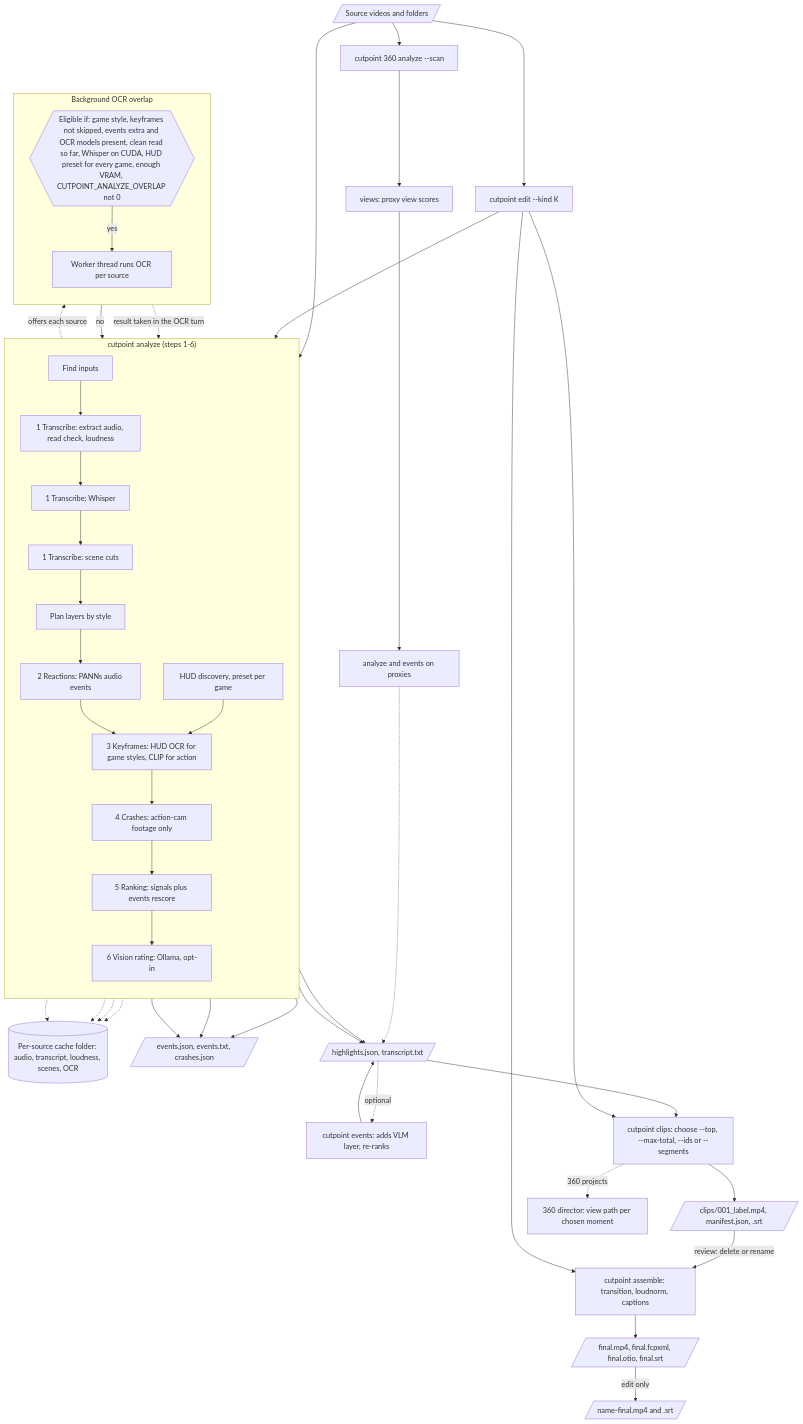
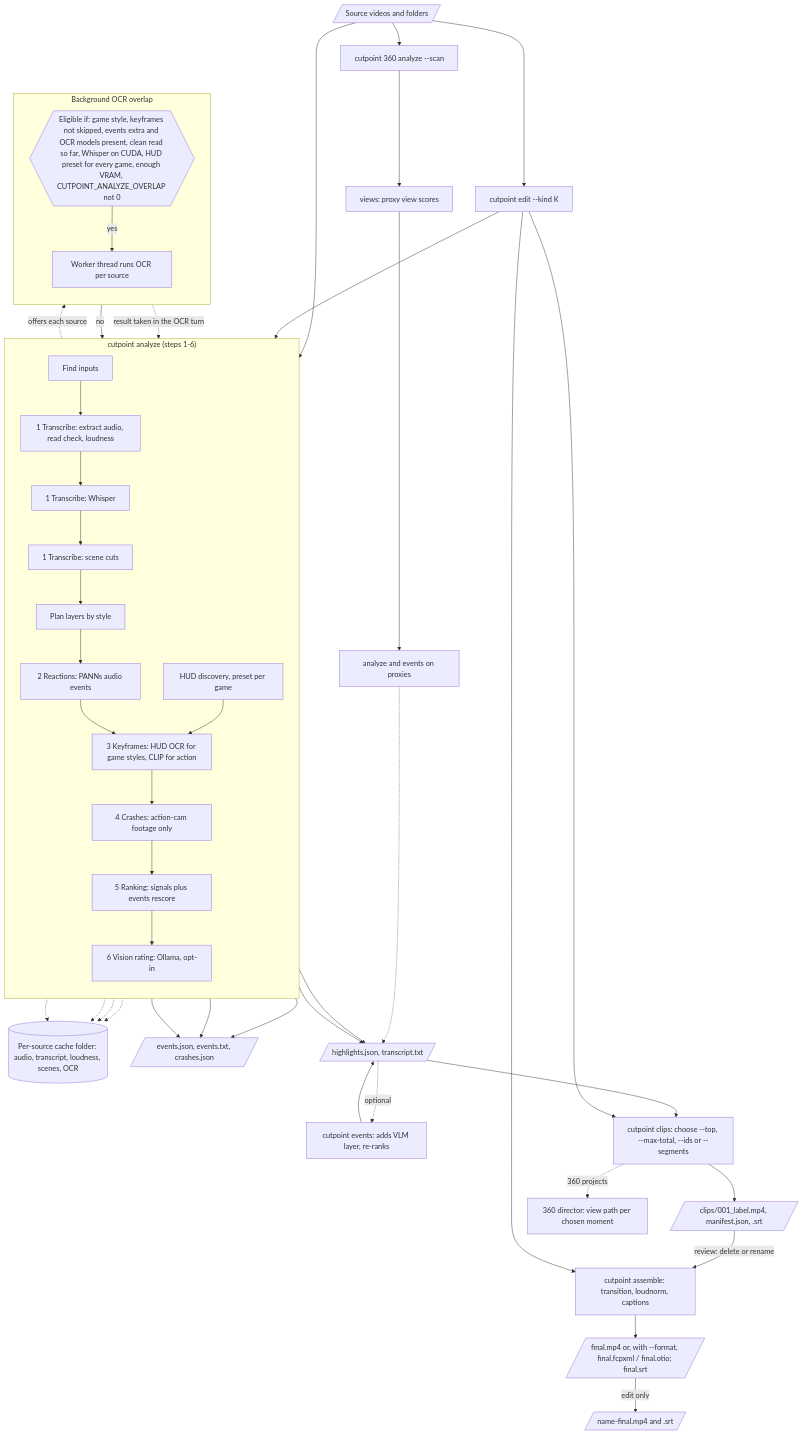
Before and after one commit to FerventOrange/cutpoint: the first of 2 diagrams in docs/pipeline.md, drawn with Mermaid. The commit also changed 21 other files, not shown here.

First line of the commit message:
feat(assemble): assemble from a project with temporary clips; --format mp4|fcpxml|otio on assemble and edit (#519)

````diff
--- a/docs/pipeline.md
+++ b/docs/pipeline.md
@@ -10,67 +10,67 @@
 ```mermaid
 flowchart TD
     SRC[/"Source videos and folders"/]
     EDIT["cutpoint edit --kind K"]
     SRC --> EDIT
     SRC --> ANA
 
     subgraph ANALYZE["cutpoint analyze  (steps 1-6)"]
         direction TB
         ANA["Find inputs"]
         AUD["1 Transcribe: extract audio, read check, loudness"]
         TR["1 Transcribe: Whisper"]
         SC["1 Transcribe: scene cuts"]
         PL["Plan layers by style"]
         RE["2 Reactions: PANNs audio events"]
         KF["3 Keyframes: HUD OCR for game styles, CLIP for action"]
         DISC["HUD discovery, preset per game"]
         CR["4 Crashes: action-cam footage only"]
         RK["5 Ranking: signals plus events rescore"]
         VIS["6 Vision rating: Ollama, opt-in"]
         ANA --> AUD --> TR --> SC --> PL --> RE --> KF --> CR --> RK --> VIS
         DISC --> KF
     end
 
     CACHE[("Per-source cache folder: audio, transcript, loudness, scenes, OCR")]
     AUD -.-> CACHE
     TR -.-> CACHE
     SC -.-> CACHE
     KF -.-> CACHE
 
     subgraph BG["Background OCR overlap"]
         direction TB
         ELIG{{"Eligible if: game style, keyframes not skipped, events extra and OCR models present, clean read so far, Whisper on CUDA, HUD preset for every game, enough VRAM, CUTPOINT_ANALYZE_OVERLAP not 0"}}
         PF["Worker thread runs OCR per source"]
         ELIG -->|yes| PF
     end
     AUD -. "offers each source" .-> ELIG
     PF -. "result taken in the OCR turn" .-> KF
     ELIG -->|no| KF
 
     EVJ[/"events.json, events.txt, crashes.json"/]
     HL[/"highlights.json, transcript.txt"/]
     KF --> EVJ
     RE --> EVJ
     CR --> EVJ
     VIS --> HL
     RK --> HL
 
     EVS["cutpoint events: adds VLM layer, re-ranks"]
     HL -. "optional" .-> EVS
     EVS --> HL
 
     EDIT --> ANA
     HL --> CLIPS["cutpoint clips: choose --top, --max-total, --ids or --segments"]
     CLIPS --> CDIR[/"clips/001_label.mp4, manifest.json, .srt"/]
     CDIR -->|"review: delete or rename"| ASM["cutpoint assemble: transition, loudnorm, captions"]
-    ASM --> FIN[/"final.mp4, final.fcpxml, final.otio, final.srt"/]
+    ASM --> FIN[/"final.mp4 or, with --format, final.fcpxml / final.otio; final.srt"/]
     EDIT --> CLIPS
     EDIT --> ASM
     FIN -->|edit only| COPY[/"name-final.mp4 and .srt"/]
 
     SRC --> P360["cutpoint 360 analyze --scan"]
     P360 --> V360["views: proxy view scores"]
     V360 --> A360["analyze and events on proxies"]
     CLIPS -. "360 projects" .-> DIR["360 director: view path per chosen moment"]
     A360 -.-> HL
 ```
````
